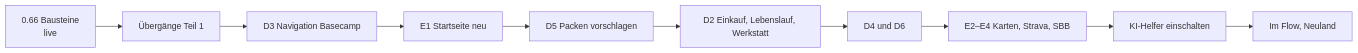
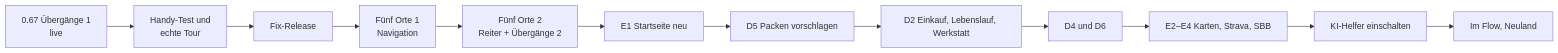
One commit to noahdolmetsch-af/packgenerator changed the diagram in docs/vorhaben.md. Above: the diagram before and after it, drawn with Mermaid. The commit also changed other lines of this file and 1 other file, not shown here.

First line of the commit message:
docs: Stand nach 0.67.0, Fünf Orte, neue Reihenfolge und Kurs-Check

````diff
--- a/docs/vorhaben.md
+++ b/docs/vorhaben.md
@@ -135,12 +177,14 @@
 ```mermaid
 flowchart LR
-  B["0.66 Bausteine<br/>live"] --> U["Übergänge Teil 1"]
-  U --> D3["D3 Navigation Basecamp"]
-  D3 --> E1["E1 Startseite neu"]
+  U["0.67 Übergänge 1<br/>live"] --> T["Handy-Test und<br/>echte Tour"]
+  T --> F["Fix-Release"]
+  F --> O1["Fünf Orte 1<br/>Navigation"]
+  O1 --> O2["Fünf Orte 2<br/>Reiter + Übergänge 2"]
+  O2 --> E1["E1 Startseite neu"]
   E1 --> D5["D5 Packen vorschlagen"]
   D5 --> D2["D2 Einkauf, Lebenslauf, Werkstatt"]
   D2 --> D46["D4 und D6"]
   D46 --> E24["E2–E4 Karten, Strava, SBB"]
   E24 --> KI["KI-Helfer einschalten"]
   KI --> R["Im Flow, Neuland"]
 ```
````
